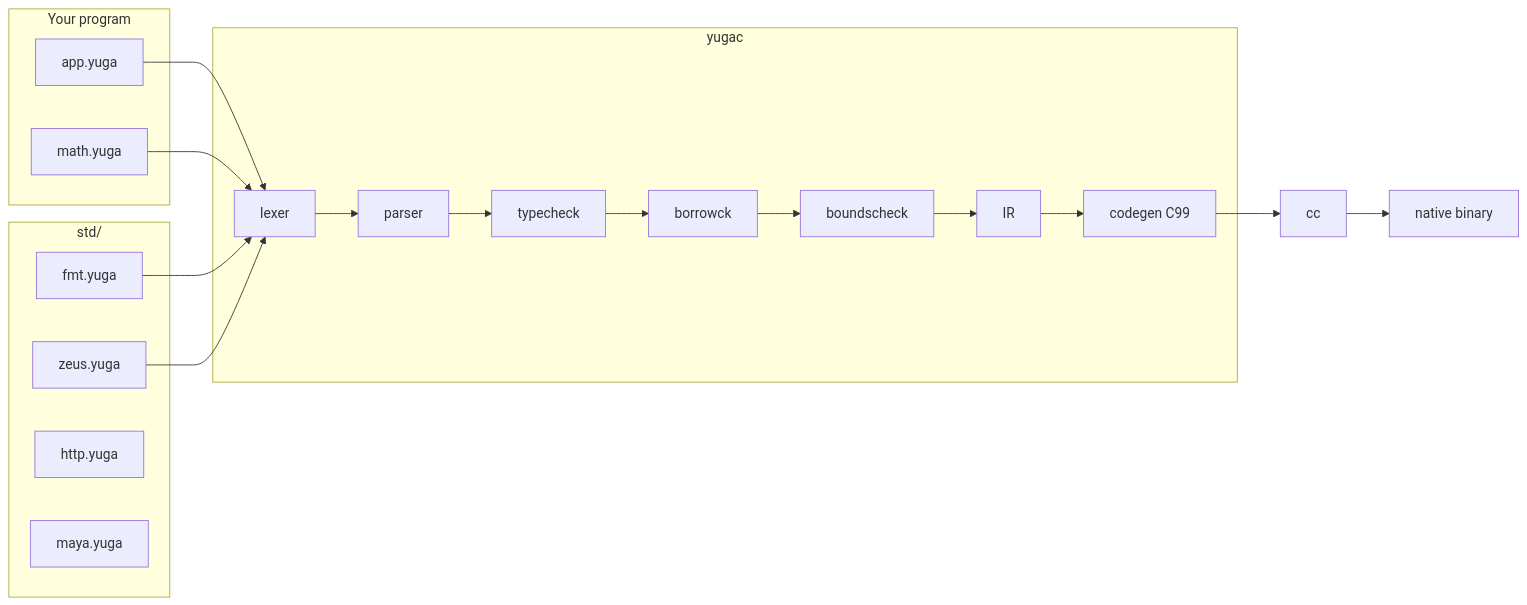
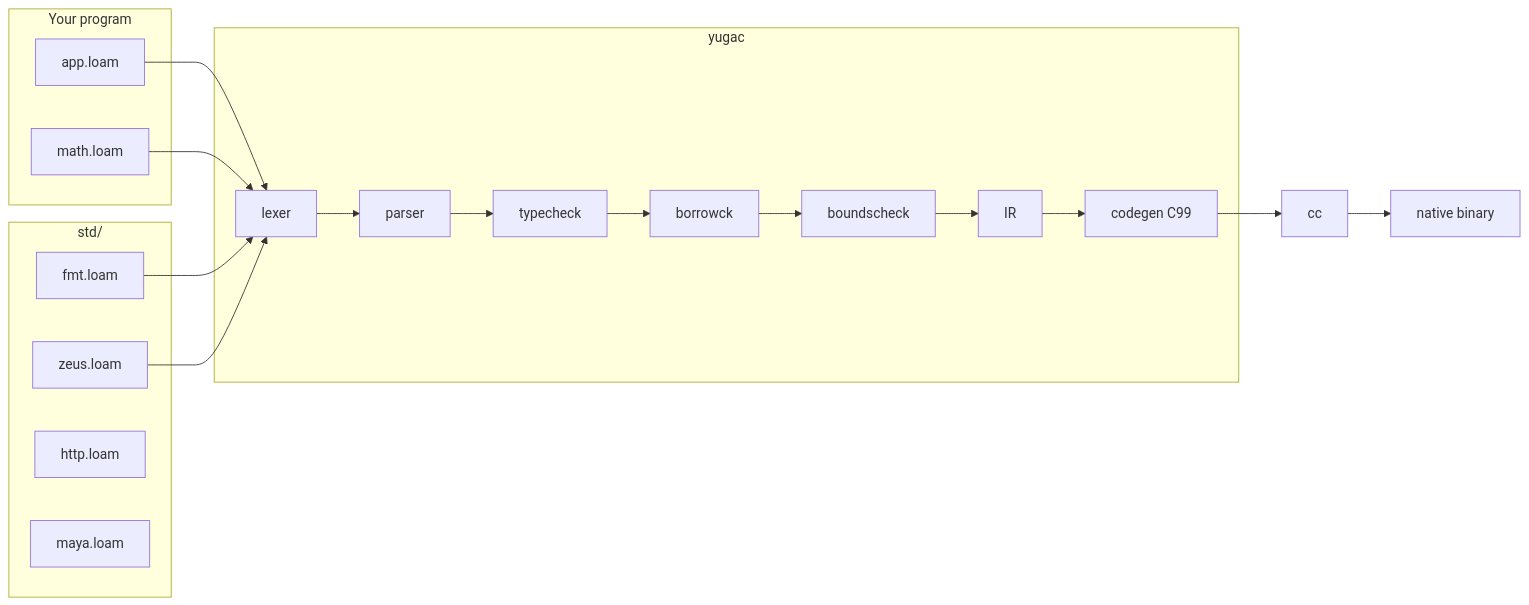
Before and after one commit to crestbala/loam: the diagram in docs/yuga.md, drawn with Mermaid. The commit also changed other lines of this file and 464 other files, not shown here.

Commit message:
rename: yuga -> loam (extensions)

````diff
--- a/docs/yuga.md
+++ b/docs/yuga.md
@@ -14,29 +14,29 @@
 ```mermaid
 flowchart LR
   subgraph src [Your program]
-    A["app.yuga"]
-    B["math.yuga"]
+    A["app.loam"]
+    B["math.loam"]
   end
   subgraph stdlib [std/]
-    F["fmt.yuga"]
-    Y["zeus.yuga"]
-    H["http.yuga"]
-    M["maya.yuga"]
+    F["fmt.loam"]
+    Y["zeus.loam"]
+    H["http.loam"]
+    M["maya.loam"]
   end
   subgraph yugac [yugac]
     L[lexer]
     P[parser]
     T[typecheck]
     K[borrowck]
     N[boundscheck]
     I[IR]
     C[codegen C99]
   end
   A --> L
   B --> L
   F --> L
   Y --> L
   L --> P --> T --> K --> N --> I --> C
   C --> CC["cc"]
   CC --> BIN["native binary"]
 ```
````
